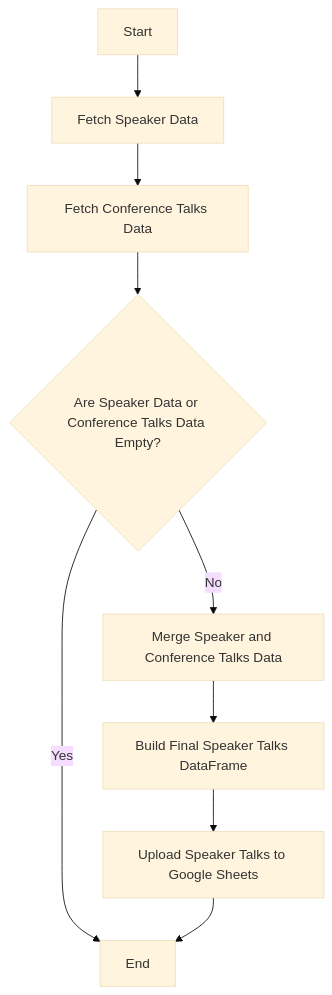
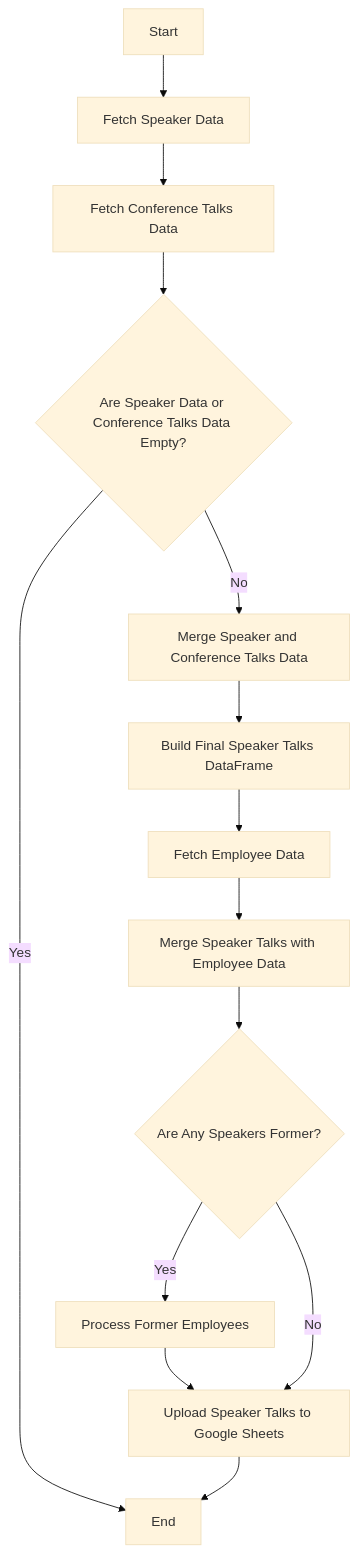
Before and after one commit to SlavkoMuzdeka/Intelligence-Machine: the fifth of 6 diagrams in README.md, drawn with Mermaid (base theme). The commit also changed other lines of this file and 14 other files, not shown here.

````diff
--- a/README.md
+++ b/README.md
@@ -222,18 +225,28 @@
 ```mermaid
 flowchart TD
     A[Start] --> B[Fetch Speaker Data]
 
     B --> E[Fetch Conference Talks Data]
 
     E --> F{Are Speaker Data or Conference Talks Data Empty?}
 
     F -- Yes --> H[End]
     
     F -- No --> J[Merge Speaker and Conference Talks Data]
     
     J --> L[Build Final Speaker Talks DataFrame]
 
-    L --> M[Upload Speaker Talks to Google Sheets]
+    L --> M[Fetch Employee Data]
+
+    M --> N[Merge Speaker Talks with Employee Data]
+
+    N --> O{Are Any Speakers Former?}
+
+    O -- Yes --> P[Process Former Employees]
+
+    P --> Q[Upload Speaker Talks to Google Sheets]
+
+    O -- No --> Q
    
-    M --> H[End]
+    Q --> H[End]
 ```
````
